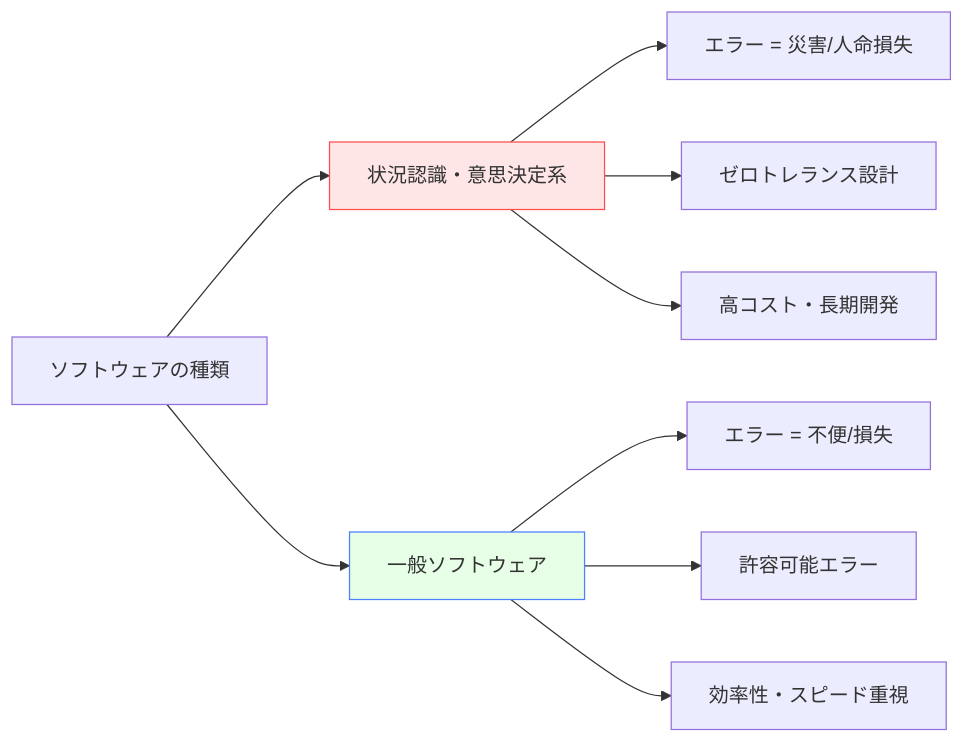
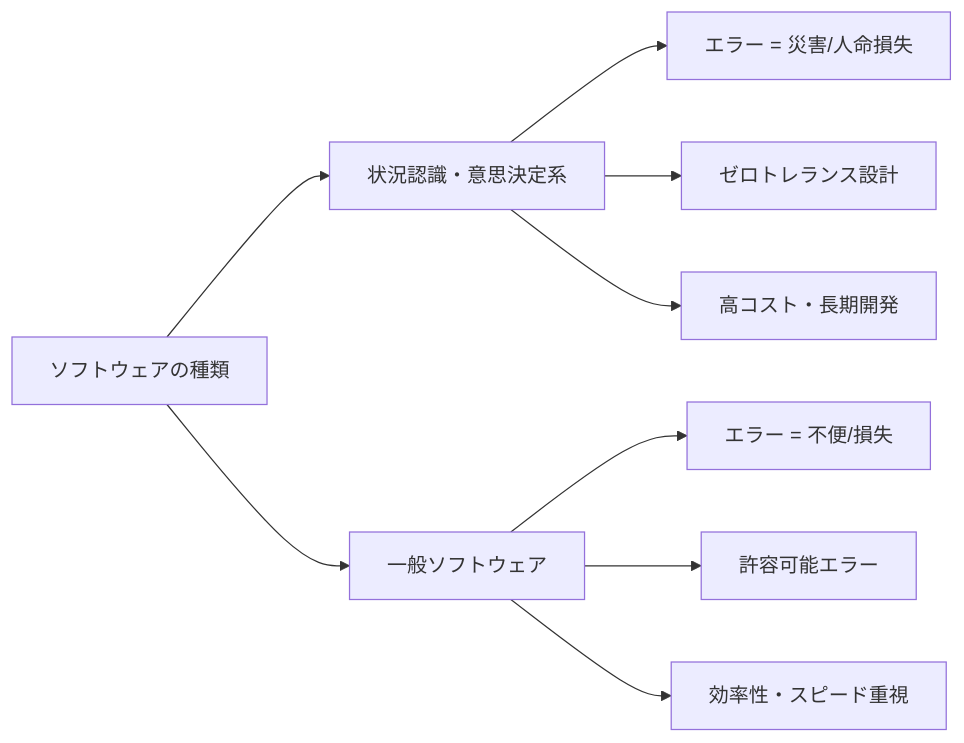
The first of 2 diagrams in docs/software/sa-dm-vs-general-software.md (shuji-bonji/Situational-Awareness-and-Decision-Making), drawn with Mermaid before and after one commit. The commit also changed other lines of this file and 49 other files, not shown here.

Commit message:
fix: ダークモードで見づらい図の色の変更

````diff
--- a/docs/software/sa-dm-vs-general-software.md
+++ b/docs/software/sa-dm-vs-general-software.md
@@ -14,16 +14,16 @@
 ```mermaid
 graph LR
     A[ソフトウェアの種類] --> B[状況認識・意思決定系]
     A --> C[一般ソフトウェア]
     
     B --> B1[エラー = 災害/人命損失]
     B --> B2[ゼロトレランス設計]
     B --> B3[高コスト・長期開発]
     
     C --> C1[エラー = 不便/損失]
     C --> C2[許容可能エラー]
     C --> C3[効率性・スピード重視]
     
-    style B fill:#ffe6e6,stroke:#ff4d4d
-    style C fill:#e6ffe6,stroke:#4d7fff
+
+
 ```
````
